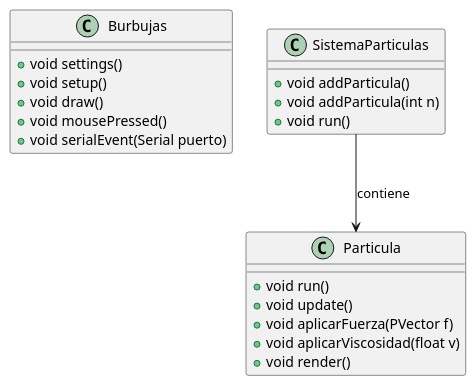
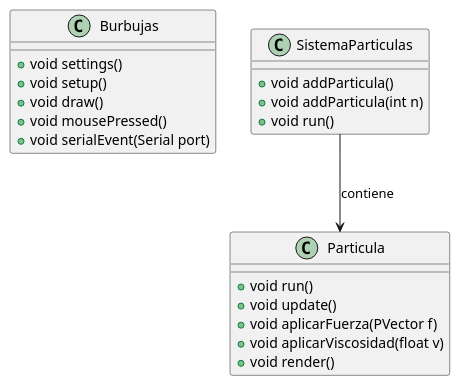
One commit to uma-dte-docencia/burbujas changed the diagram in doc/classes_diagram.puml. Above: the diagram before and after it, drawn with PlantUML. The commit also changed 2 other files, not shown here.

```diff
--- a/doc/classes_diagram.puml
+++ b/doc/classes_diagram.puml
@@ -1,29 +1,29 @@
 @startuml classes_processing
 
 ' Declaración de las clases en Processing
 class Burbujas {
     +void settings()
     +void setup()
     +void draw()
     +void mousePressed()
-    +void serialEvent(Serial puerto)
+    +void serialEvent(Serial port)
 }
 
 class Particula {
     +void run()
     +void update()
     +void aplicarFuerza(PVector f)
     +void aplicarViscosidad(float v)
     +void render()
 }
 
 class SistemaParticulas {
     +void addParticula()
     +void addParticula(int n)
     +void run()
 }
 
 ' Relaciones entre las clases
 SistemaParticulas --> Particula : contiene
 
 @enduml
```
